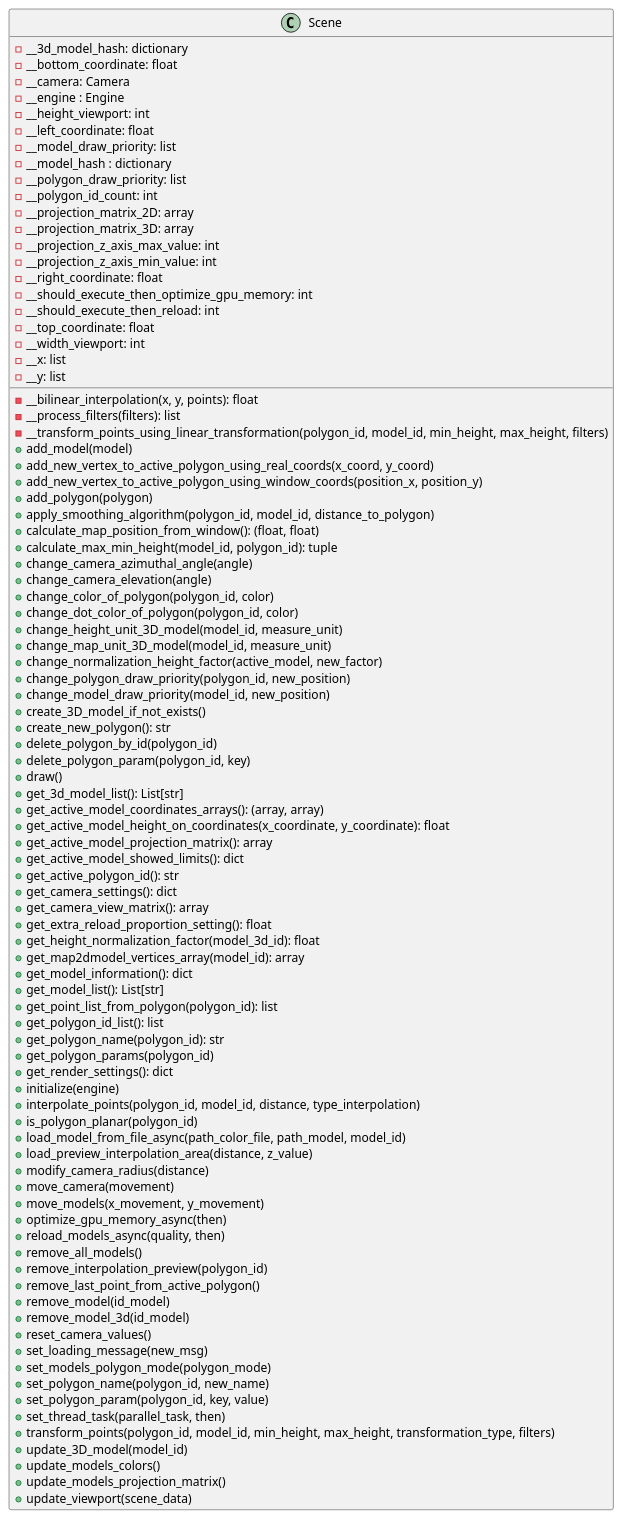
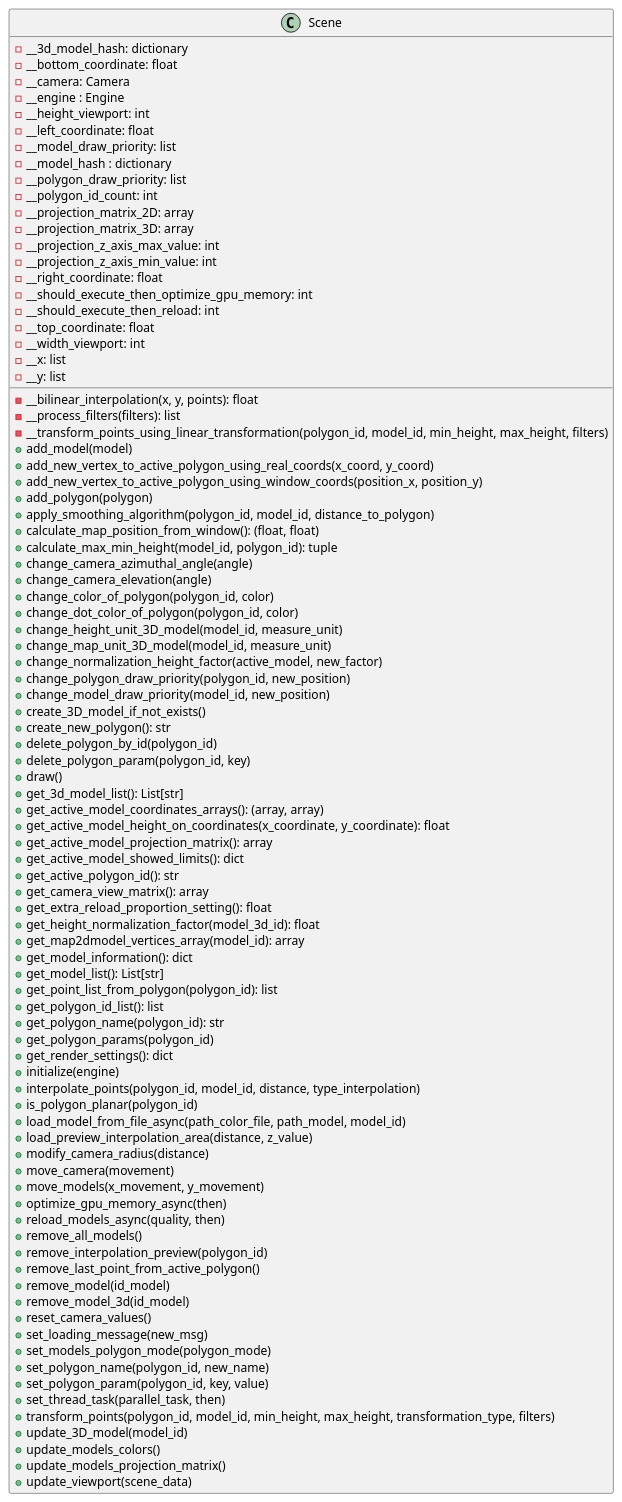
One commit to ferpoble2/Relief_Creator changed the diagram in docs/classes/Scene.puml. Above: the diagram before and after it, drawn with PlantUML. The commit also changed 1 other file, not shown here.

```diff
--- a/docs/classes/Scene.puml
+++ b/docs/classes/Scene.puml
@@ -1,94 +1,93 @@
 @startuml
             class Scene{
                 - __bilinear_interpolation(x, y, points): float
                 - __process_filters(filters): list
                 - __transform_points_using_linear_transformation(polygon_id, model_id, min_height, max_height, filters)
                 + add_model(model)
                 + add_new_vertex_to_active_polygon_using_real_coords(x_coord, y_coord)
                 + add_new_vertex_to_active_polygon_using_window_coords(position_x, position_y)
                 + add_polygon(polygon)
                 + apply_smoothing_algorithm(polygon_id, model_id, distance_to_polygon)
                 + calculate_map_position_from_window(): (float, float)
                 + calculate_max_min_height(model_id, polygon_id): tuple
                 + change_camera_azimuthal_angle(angle)
                 + change_camera_elevation(angle)
                 + change_color_of_polygon(polygon_id, color)
                 + change_dot_color_of_polygon(polygon_id, color)
                 + change_height_unit_3D_model(model_id, measure_unit)
                 + change_map_unit_3D_model(model_id, measure_unit)
                 + change_normalization_height_factor(active_model, new_factor)
                 + change_polygon_draw_priority(polygon_id, new_position)
                 + change_model_draw_priority(model_id, new_position)
                 + create_3D_model_if_not_exists()
                 + create_new_polygon(): str
                 + delete_polygon_by_id(polygon_id)
                 + delete_polygon_param(polygon_id, key)
                 + draw()
                 + get_3d_model_list(): List[str]
                 + get_active_model_coordinates_arrays(): (array, array)
                 + get_active_model_height_on_coordinates(x_coordinate, y_coordinate): float
                 + get_active_model_projection_matrix(): array
                 + get_active_model_showed_limits(): dict
                 + get_active_polygon_id(): str
-                + get_camera_settings(): dict
                 + get_camera_view_matrix(): array
                 + get_extra_reload_proportion_setting(): float
                 + get_height_normalization_factor(model_3d_id): float
                 + get_map2dmodel_vertices_array(model_id): array
                 + get_model_information(): dict
                 + get_model_list(): List[str]
                 + get_point_list_from_polygon(polygon_id): list
                 + get_polygon_id_list(): list
                 + get_polygon_name(polygon_id): str
                 + get_polygon_params(polygon_id)
                 + get_render_settings(): dict
                 + initialize(engine)
                 + interpolate_points(polygon_id, model_id, distance, type_interpolation)
                 + is_polygon_planar(polygon_id)
                 + load_model_from_file_async(path_color_file, path_model, model_id)
                 + load_preview_interpolation_area(distance, z_value)
                 + modify_camera_radius(distance)
                 + move_camera(movement)
                 + move_models(x_movement, y_movement)
                 + optimize_gpu_memory_async(then)
                 + reload_models_async(quality, then)
                 + remove_all_models()
                 + remove_interpolation_preview(polygon_id)
                 + remove_last_point_from_active_polygon()
                 + remove_model(id_model)
                 + remove_model_3d(id_model)
                 + reset_camera_values()
                 + set_loading_message(new_msg)
                 + set_models_polygon_mode(polygon_mode)
                 + set_polygon_name(polygon_id, new_name)
                 + set_polygon_param(polygon_id, key, value)
                 + set_thread_task(parallel_task, then)
                 + transform_points(polygon_id, model_id, min_height, max_height, transformation_type, filters)
                 + update_3D_model(model_id)
                 + update_models_colors()
                 + update_models_projection_matrix()
                 + update_viewport(scene_data)
 
                 - __3d_model_hash: dictionary
                 - __bottom_coordinate: float
                 - __camera: Camera
                 - __engine : Engine
                 - __height_viewport: int
                 - __left_coordinate: float
                 - __model_draw_priority: list
                 - __model_hash : dictionary
                 - __polygon_draw_priority: list
                 - __polygon_id_count: int
                 - __projection_matrix_2D: array
                 - __projection_matrix_3D: array
                 - __projection_z_axis_max_value: int
                 - __projection_z_axis_min_value: int
                 - __right_coordinate: float
                 - __should_execute_then_optimize_gpu_memory: int
                 - __should_execute_then_reload: int
                 - __top_coordinate: float
                 - __width_viewport: int
                 - __x: list
                 - __y: list
             }
 @enduml
```
